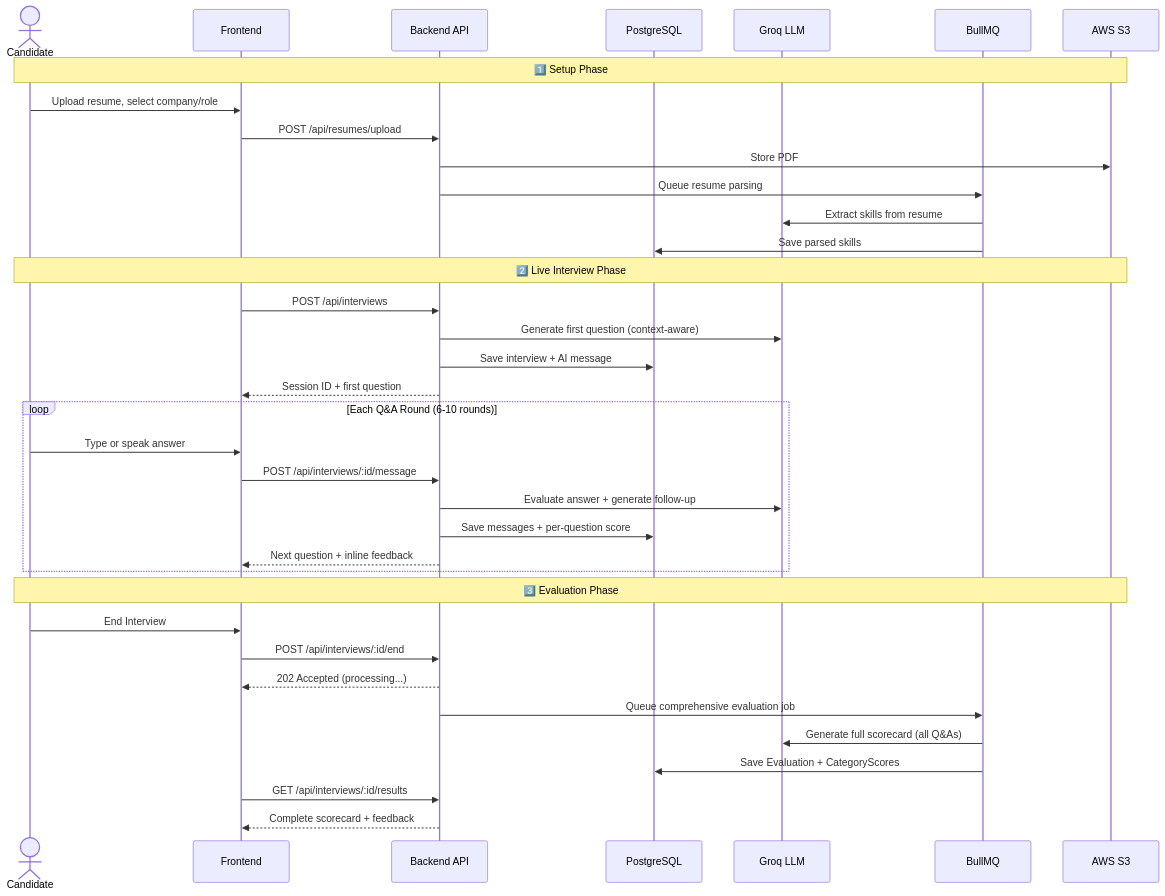
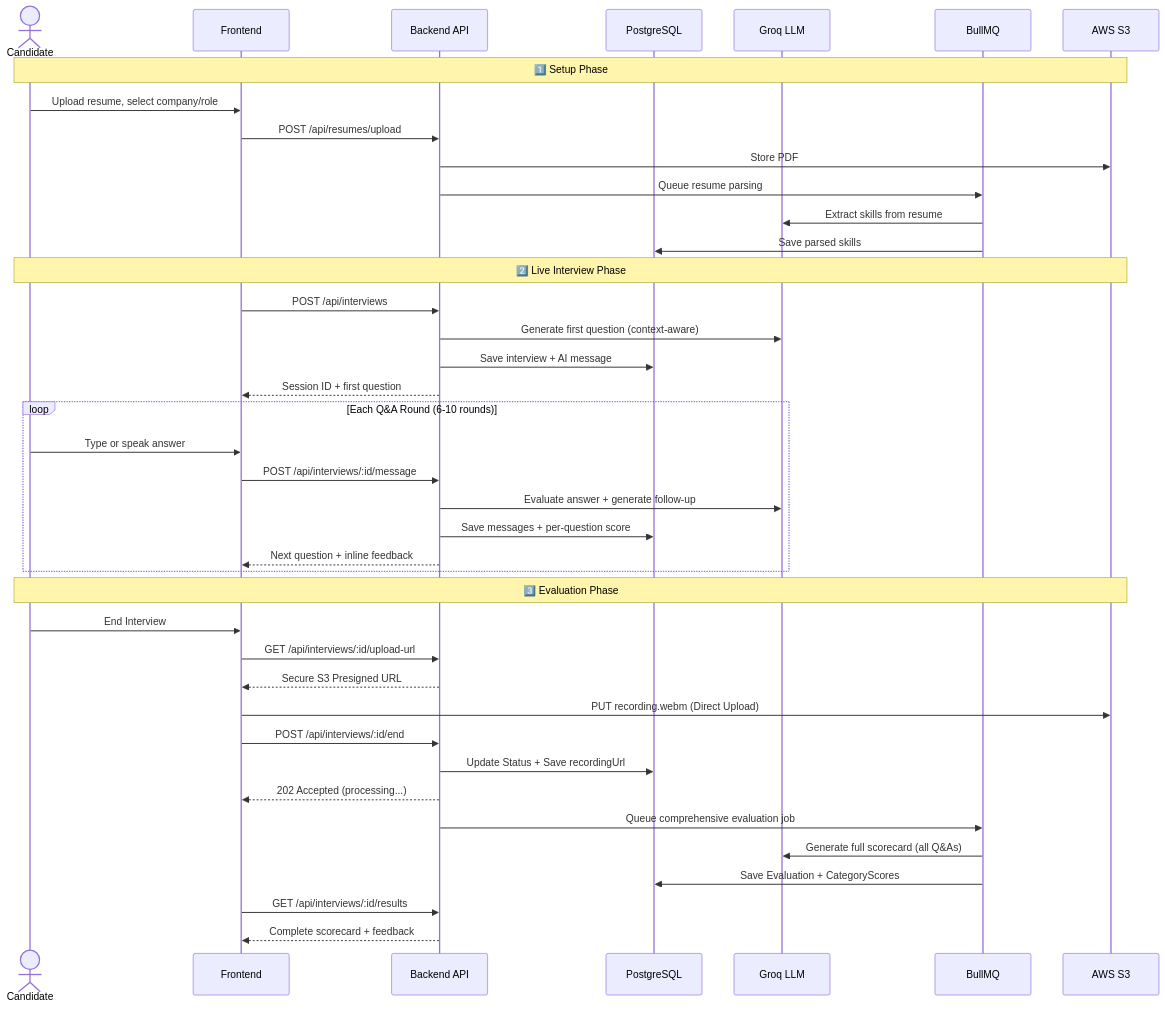
The second of 4 diagrams in README.md (IshaanAggrawal/AI_Interviewer_platform), drawn with Mermaid before and after one commit. The commit also changed other lines of this file and 28 other files, not shown here.

````diff
--- a/README.md
+++ b/README.md
@@ -107,44 +111,48 @@
 ```mermaid
 sequenceDiagram
     actor U as Candidate
     participant FE as Frontend
     participant API as Backend API
     participant DB as PostgreSQL
     participant AI as Groq LLM
     participant Q as BullMQ
     participant S3 as AWS S3
 
     Note over U, S3: 1️⃣ Setup Phase
     U->>FE: Upload resume, select company/role
     FE->>API: POST /api/resumes/upload
     API->>S3: Store PDF
     API->>Q: Queue resume parsing
     Q->>AI: Extract skills from resume
     Q->>DB: Save parsed skills
 
     Note over U, S3: 2️⃣ Live Interview Phase
     FE->>API: POST /api/interviews
     API->>AI: Generate first question (context-aware)
     API->>DB: Save interview + AI message
     API-->>FE: Session ID + first question
 
     loop Each Q&A Round (6-10 rounds)
         U->>FE: Type or speak answer
         FE->>API: POST /api/interviews/:id/message
         API->>AI: Evaluate answer + generate follow-up
         API->>DB: Save messages + per-question score
         API-->>FE: Next question + inline feedback
     end
 
     Note over U, S3: 3️⃣ Evaluation Phase
     U->>FE: End Interview
+    FE->>API: GET /api/interviews/:id/upload-url
+    API-->>FE: Secure S3 Presigned URL
+    FE->>S3: PUT recording.webm (Direct Upload)
     FE->>API: POST /api/interviews/:id/end
+    API->>DB: Update Status + Save recordingUrl
     API-->>FE: 202 Accepted (processing...)
     API->>Q: Queue comprehensive evaluation job
 
     Q->>AI: Generate full scorecard (all Q&As)
     Q->>DB: Save Evaluation + CategoryScores
 
     FE->>API: GET /api/interviews/:id/results
     API-->>FE: Complete scorecard + feedback
 ```
````
